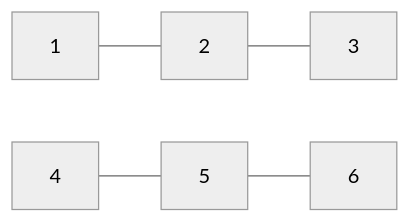
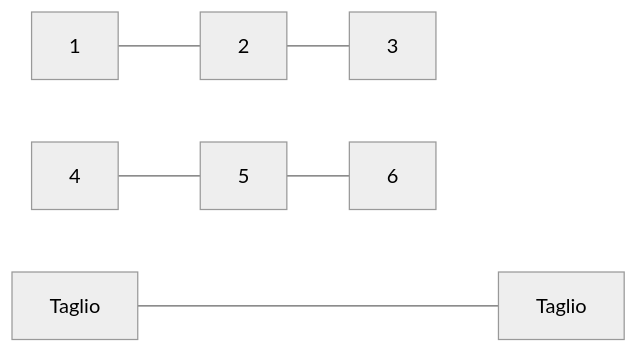
The seventh of 9 diagrams in Ricerca operativa/Problemi di ottimizzazione/Ottimizzazione grafi.md (SuperSamus/appunti-universitari), drawn with Mermaid (neutral theme) before and after one commit. The commit also changed other lines of this file and 1 other file, not shown here.

````diff
--- a/Ricerca operativa/Problemi di ottimizzazione/Ottimizzazione grafi.md
+++ b/Ricerca operativa/Problemi di ottimizzazione/Ottimizzazione grafi.md
@@ -225,5 +225,6 @@
 ```mermaid
 flowchart LR
 1 --- 2 --- 3
+T1[Taglio] ----- T2[Taglio]
 4 --- 5 --- 6
 ```
````
